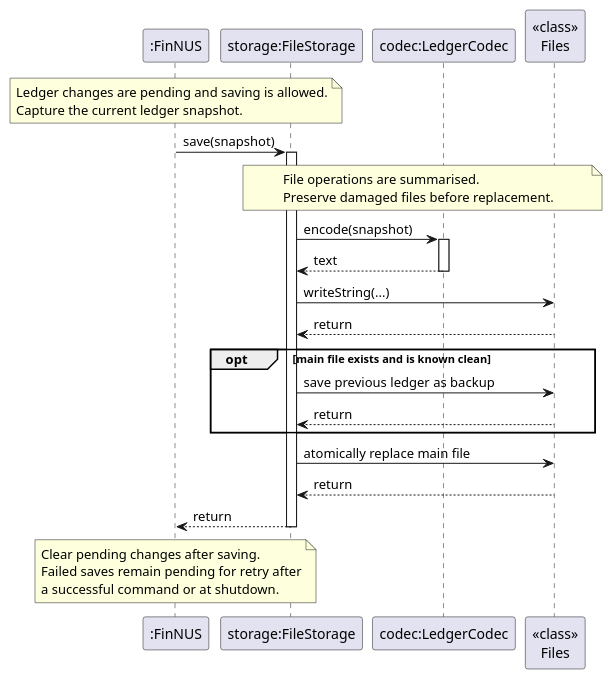
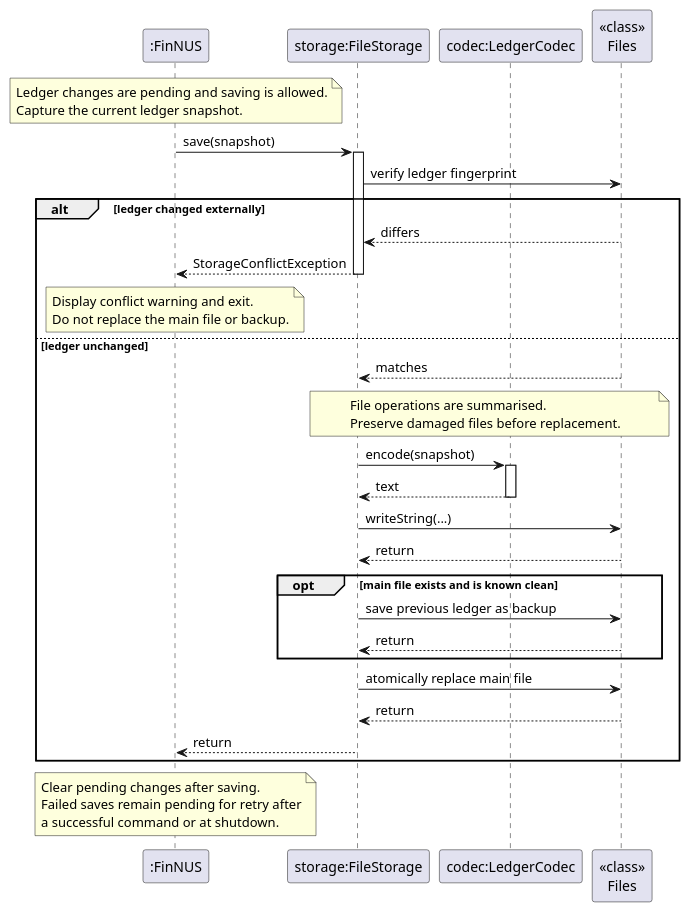
Before and after one commit to AY2627S1-CS2113-W13-2/tp: the diagram in docs/diagrams/AutomaticSaveSequenceDiagram.puml, drawn with PlantUML. The commit also changed 10 other files, not shown here.

```diff
--- a/docs/diagrams/AutomaticSaveSequenceDiagram.puml
+++ b/docs/diagrams/AutomaticSaveSequenceDiagram.puml
@@ -1,38 +1,52 @@
 @startuml AutomaticSaveSequenceDiagram
 ' @@author naieel04
 ' One successful save; filesystem messages summarize operations and the replacement strategy.
 participant ":FinNUS" as FinNUS
 participant "storage:FileStorage" as Storage
 participant "codec:LedgerCodec" as Codec
 participant "<<class>>\nFiles" as Files
 
 note over FinNUS
     Ledger changes are pending and saving is allowed.
     Capture the current ledger snapshot.
 end note
 FinNUS -> Storage: save(snapshot)
 activate Storage
+' @@author lololol8484
+Storage -> Files: verify ledger fingerprint
+alt ledger changed externally
+    Files --> Storage: differs
+    Storage --> FinNUS: StorageConflictException
+    deactivate Storage
+    note over FinNUS
+        Display conflict warning and exit.
+        Do not replace the main file or backup.
+    end note
+else ledger unchanged
+    Files --> Storage: matches
+    ' @@author
 note over Storage, Files
     File operations are summarised.
     Preserve damaged files before replacement.
 end note
 Storage -> Codec: encode(snapshot)
 activate Codec
 Codec --> Storage: text
 deactivate Codec
 Storage -> Files: writeString(...)
 Files --> Storage: return
 opt main file exists and is known clean
     Storage -> Files: save previous ledger as backup
     Files --> Storage: return
 end
 Storage -> Files: atomically replace main file
 Files --> Storage: return
 Storage --> FinNUS: return
 deactivate Storage
+end
 note over FinNUS
     Clear pending changes after saving.
     Failed saves remain pending for retry after
     a successful command or at shutdown.
 end note
 @enduml
```
